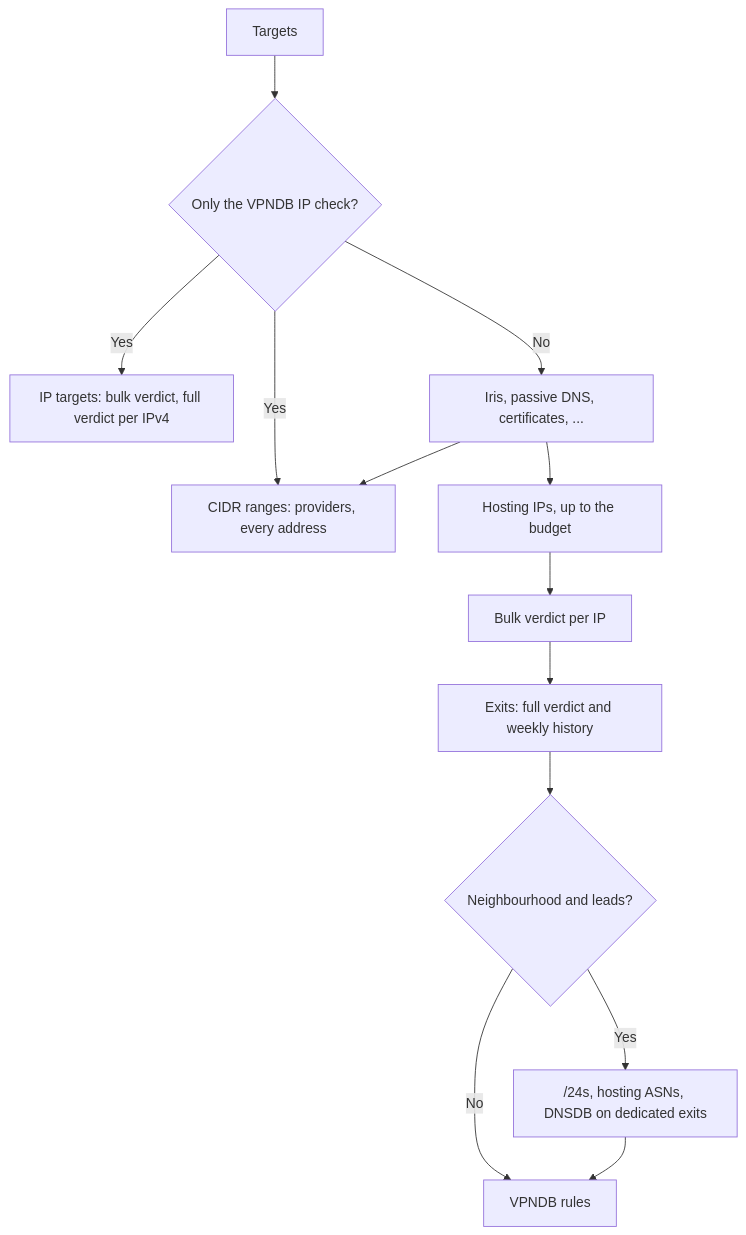
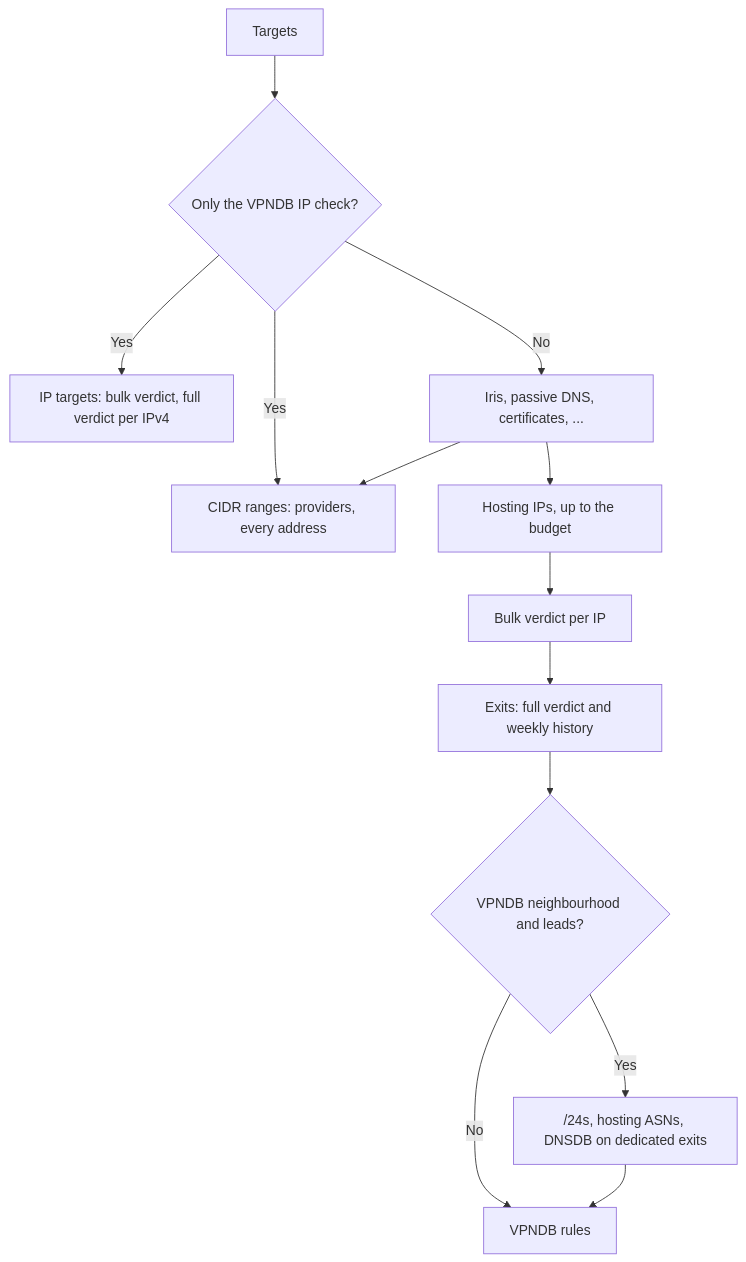
Before and after one commit to mmesojedec/DomainTools_Analysis_Detection: the eighth of 8 diagrams in docs/WORKFLOWS.md, drawn with Mermaid. The commit also changed other lines of this file and 101 other files, not shown here.

````diff
--- a/docs/WORKFLOWS.md
+++ b/docs/WORKFLOWS.md
@@ -241,15 +243,15 @@
 ```mermaid
 flowchart TD
     A["Targets"] --> B{"Only the VPNDB IP check?"}
     B -- "Yes" --> C["IP targets: bulk verdict, full verdict per IPv4"]
     B -- "Yes" --> D["CIDR ranges: providers, every address"]
     B -- "No" --> E["Iris, passive DNS, certificates, ..."]
     E --> D
     E --> F["Hosting IPs, up to the budget"]
     F --> G["Bulk verdict per IP"]
     G --> H["Exits: full verdict and weekly history"]
-    H --> I{"Neighbourhood and leads?"}
+    H --> I{"VPNDB neighbourhood and leads?"}
     I -- "Yes" --> J["/24s, hosting ASNs, DNSDB on dedicated exits"]
     I -- "No" --> K["VPNDB rules"]
     J --> K
 ```
````
